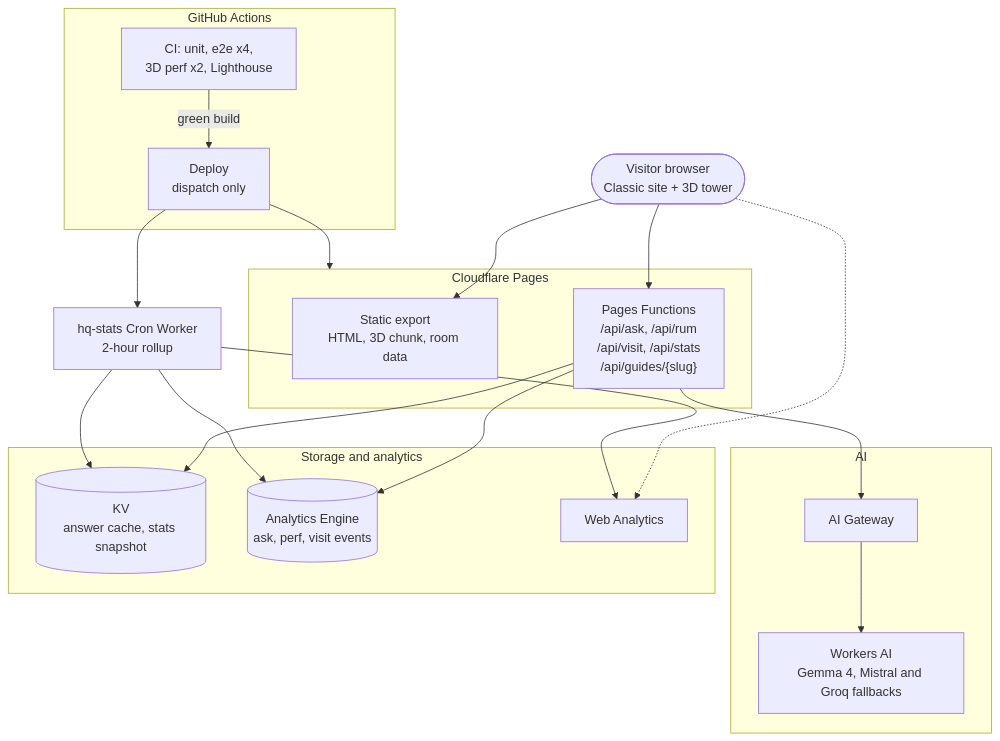
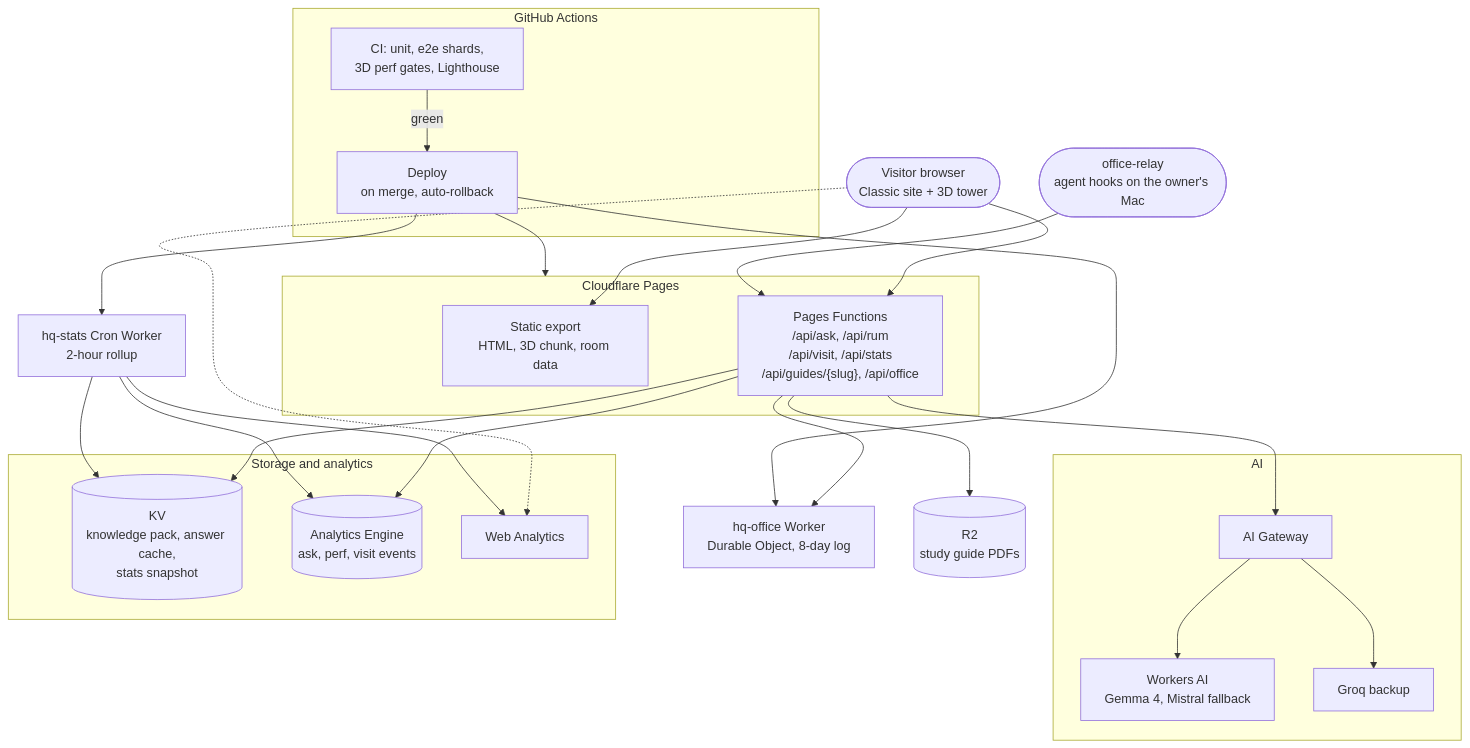
The diagram in README.md (ShinyQ/ShinyQ-HQ), drawn with Mermaid before and after one commit. The commit also changed other lines of this file and 25 other files, not shown here.

````diff
--- a/README.md
+++ b/README.md
@@ -75,37 +77,44 @@
 ```mermaid
 flowchart TB
   visitor(["Visitor browser<br/>Classic site + 3D tower"])
 
   subgraph pagesbox["Cloudflare Pages"]
     pages["Static export<br/>HTML, 3D chunk, room data"]
-    fn["Pages Functions<br/>/api/ask, /api/rum<br/>/api/visit, /api/stats<br/>/api/guides/{slug}"]
+    fn["Pages Functions<br/>/api/ask, /api/rum<br/>/api/visit, /api/stats<br/>/api/guides/{slug}, /api/office"]
   end
 
   subgraph aibox["AI"]
-    gateway["AI Gateway"] --> wai["Workers AI<br/>Gemma 4, Mistral and Groq fallbacks"]
+    gateway["AI Gateway"] --> wai["Workers AI<br/>Gemma 4, Mistral fallback"]
+    gateway --> groq["Groq backup"]
   end
 
   subgraph databox["Storage and analytics"]
-    kv[("KV<br/>answer cache, stats snapshot")]
-    ae[("Analytics Engine<br/>ask, perf, visit events")]
+    kv[("KV<br/>knowledge pack, answer cache,<br/>stats snapshot")]
+      ae[("Analytics Engine<br/>ask, perf, visit events")]
     wa["Web Analytics"]
   end
 
   cron["hq-stats Cron Worker<br/>2-hour rollup"]
+  office["hq-office Worker<br/>Durable Object, 8-day log"]
+  relay(["office-relay<br/>agent hooks on the owner's Mac"])
 
   subgraph ghbox["GitHub Actions"]
-    ci["CI: unit, e2e x4,<br/>3D perf x2, Lighthouse"] -->|green build| deploy["Deploy<br/>dispatch only"]
+    ci["CI: unit, e2e shards,<br/>3D perf gates, Lighthouse"] -->|green| deploy["Deploy<br/>on merge, auto-rollback"]
   end
 
   visitor --> pages
   visitor --> fn
   visitor -.-> wa
   fn --> gateway
   fn --> kv
   fn --> ae
+  fn --> r2[("R2<br/>study guide PDFs")]
+  fn --> office
+  relay --> fn
   cron --> wa
   cron --> ae
   cron --> kv
   deploy --> pagesbox
   deploy --> cron
+  deploy --> office
 ```
````
